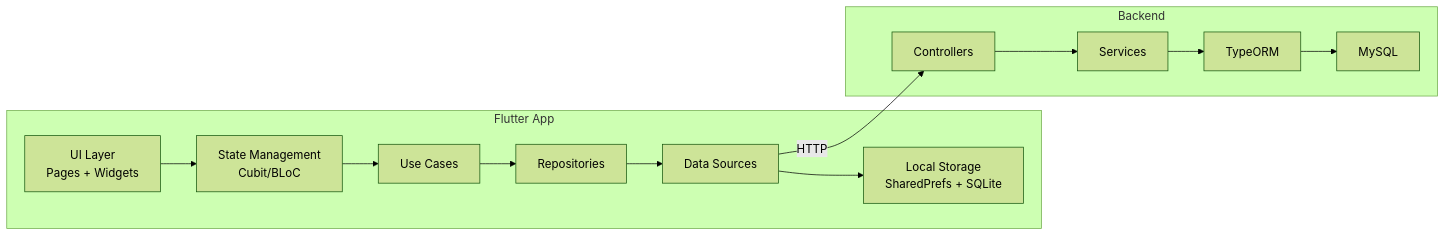
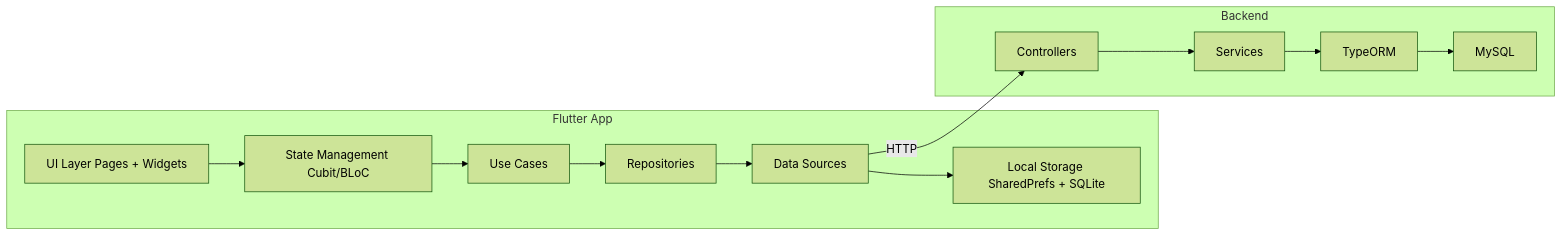
One commit to Advansoftware/Prefeitura-De-Bolso changed the fourth of 5 diagrams in docs/Vol3_Arquitetura_Tecnica.md. Above: the diagram before and after it, drawn with Mermaid (forest theme). The commit also changed other lines of this file and 1 other file, not shown here.

Commit message:
docs: Fix mermaid diagram parsing in GitHub

````diff
--- a/docs/Vol3_Arquitetura_Tecnica.md
+++ b/docs/Vol3_Arquitetura_Tecnica.md
@@ -715,28 +715,28 @@
 ```mermaid
 graph LR
     subgraph "Flutter App"
-        UI["UI Layer<br>Pages + Widgets"]
-        BLoC["State Management<br>Cubit/BLoC"]
+        UI["UI Layer Pages + Widgets"]
+        BLoC["State Management Cubit/BLoC"]
         UC["Use Cases"]
         REPO["Repositories"]
         DS["Data Sources"]
-        LOCAL["Local Storage<br>SharedPrefs + SQLite"]
+        LOCAL["Local Storage SharedPrefs + SQLite"]
     end
 
     subgraph "Backend"
         CTRL["Controllers"]
         SVC["Services"]
         ORM["TypeORM"]
         DB["MySQL"]
     end
 
     UI --> BLoC
     BLoC --> UC
     UC --> REPO
     REPO --> DS
     DS --> LOCAL
     DS -->|HTTP| CTRL
     CTRL --> SVC
     SVC --> ORM
     ORM --> DB
 ```
````
